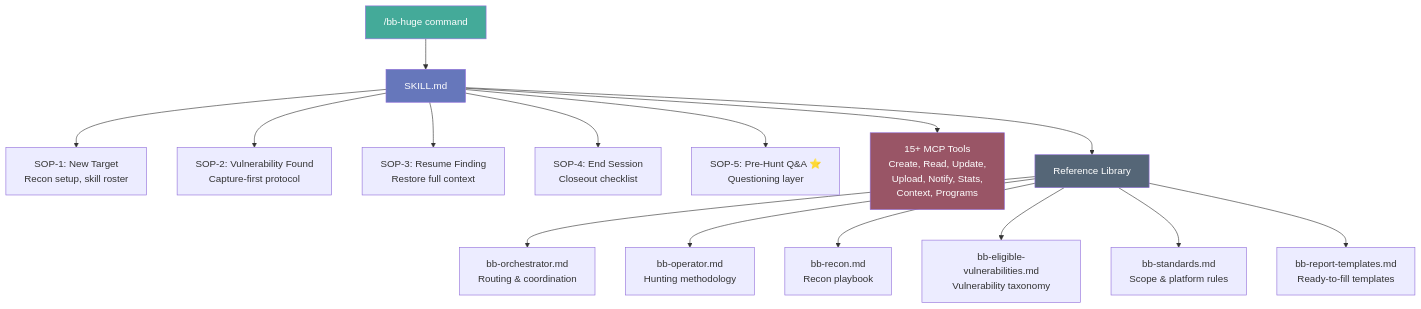
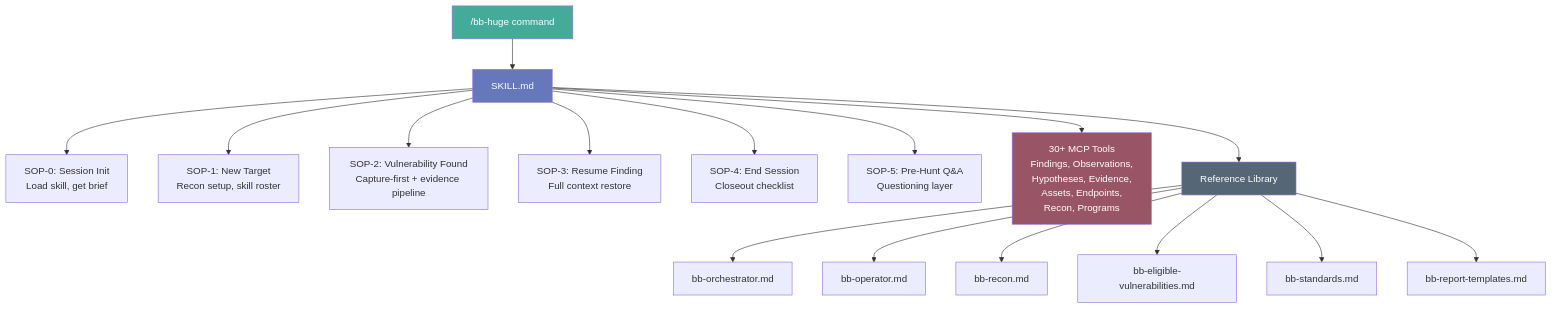
The first of 2 diagrams in README.md (ShulkwiSEC/bb-huge), drawn with Mermaid before and after one commit. The commit also changed other lines of this file and 21 other files, not shown here.

````diff
--- a/README.md
+++ b/README.md
@@ -74,22 +93,23 @@
 ```mermaid
 graph TB
     C["/bb-huge command"] --> SKILL[SKILL.md]
+    SKILL --> SOP0["SOP-0: Session Init<br/>Load skill, get brief"]
     SKILL --> SOP1["SOP-1: New Target<br/>Recon setup, skill roster"]
-    SKILL --> SOP2["SOP-2: Vulnerability Found<br/>Capture-first protocol"]
-    SKILL --> SOP3["SOP-3: Resume Finding<br/>Restore full context"]
+    SKILL --> SOP2["SOP-2: Vulnerability Found<br/>Capture-first + evidence pipeline"]
+    SKILL --> SOP3["SOP-3: Resume Finding<br/>Full context restore"]
     SKILL --> SOP4["SOP-4: End Session<br/>Closeout checklist"]
-    SKILL --> SOP5["SOP-5: Pre-Hunt Q&A ⭐<br/>Questioning layer"]
-    SKILL --> MCP["15+ MCP Tools<br/>Create, Read, Update,<br/>Upload, Notify, Stats,<br/>Context, Programs"]
+    SKILL --> SOP5["SOP-5: Pre-Hunt Q&A<br/>Questioning layer"]
+    SKILL --> MCP["30+ MCP Tools<br/>Findings, Observations,<br/>Hypotheses, Evidence,<br/>Assets, Endpoints,<br/>Recon, Programs"]
     SKILL --> REFS["Reference Library"]
-    REFS --> ORCH[bb-orchestrator.md<br/>Routing & coordination]
-    REFS --> OP[bb-operator.md<br/>Hunting methodology]
-    REFS --> RECON[bb-recon.md<br/>Recon playbook]
-    REFS --> VULNS[bb-eligible-vulnerabilities.md<br/>Vulnerability taxonomy]
-    REFS --> STD[bb-standards.md<br/>Scope & platform rules]
-    REFS --> TEMPLATES[bb-report-templates.md<br/>Ready-to-fill templates]
+    REFS --> ORCH[bb-orchestrator.md]
+    REFS --> OP[bb-operator.md]
+    REFS --> RECON[bb-recon.md]
+    REFS --> VULNS[bb-eligible-vulnerabilities.md]
+    REFS --> STD[bb-standards.md]
+    REFS --> TEMPLATES[bb-report-templates.md]
 
     style C fill:#4a9,color:#fff
     style SKILL fill:#67b,color:#fff
     style MCP fill:#956,color:#fff
     style REFS fill:#567,color:#fff
 ```
````
